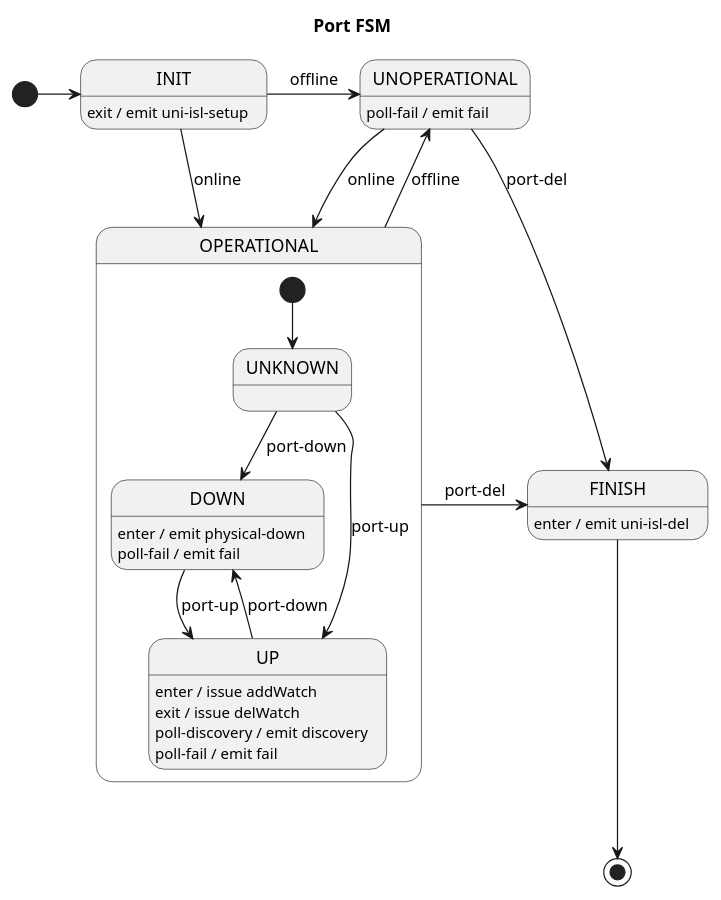
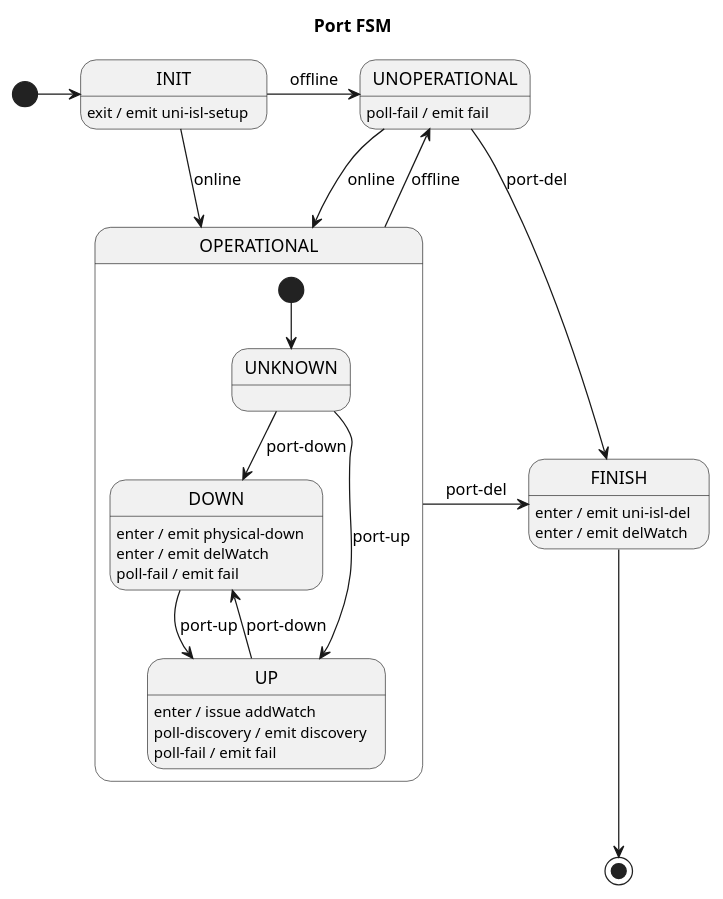
One commit to telstra/open-kilda changed the diagram in docs/design/network-discovery/port-FSM.puml. Above: the diagram before and after it, drawn with PlantUML. The commit also changed 2 other files, not shown here.

```diff
--- a/docs/design/network-discovery/port-FSM.puml
+++ b/docs/design/network-discovery/port-FSM.puml
@@ -18,37 +18,38 @@
 @startuml
 title Port FSM
 
 [*] -right-> INIT
 
 INIT -r-> UNOPERATIONAL : offline
 INIT -r-> OPERATIONAL : online
 INIT : exit / emit uni-isl-setup
 
 state OPERATIONAL {
     [*] --> UNKNOWN
 
     UNKNOWN --> DOWN : port-down
     UNKNOWN --> UP : port-up
 
     DOWN --> UP : port-up
     DOWN : enter / emit physical-down
+    DOWN : enter / emit delWatch
     DOWN : poll-fail / emit fail
 
     UP --> DOWN : port-down
     UP : enter / issue addWatch
-    UP : exit / issue delWatch
     UP : poll-discovery / emit discovery
     UP : poll-fail / emit fail
 }
 
 OPERATIONAL --> UNOPERATIONAL : offline
 OPERATIONAL -r-> FINISH : port-del
 
 UNOPERATIONAL --> OPERATIONAL : online
 UNOPERATIONAL --> FINISH : port-del
 UNOPERATIONAL : poll-fail / emit fail
 
 FINISH: enter / emit uni-isl-del
+FINISH: enter / emit delWatch
 FINISH -d-> [*]
 
 @enduml
```
